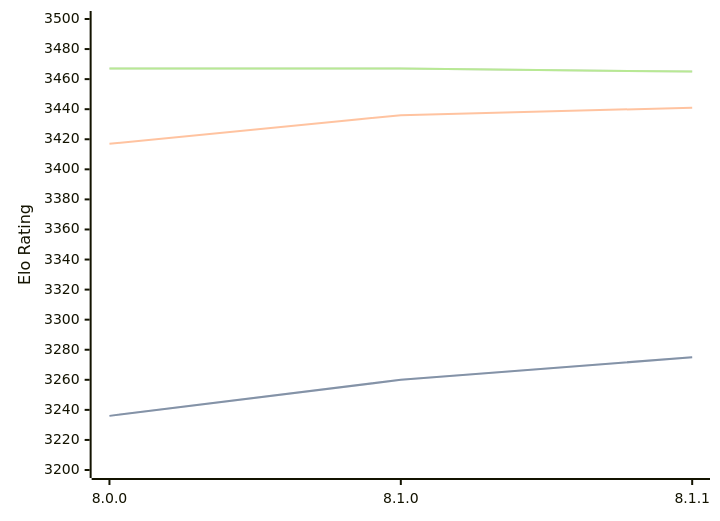
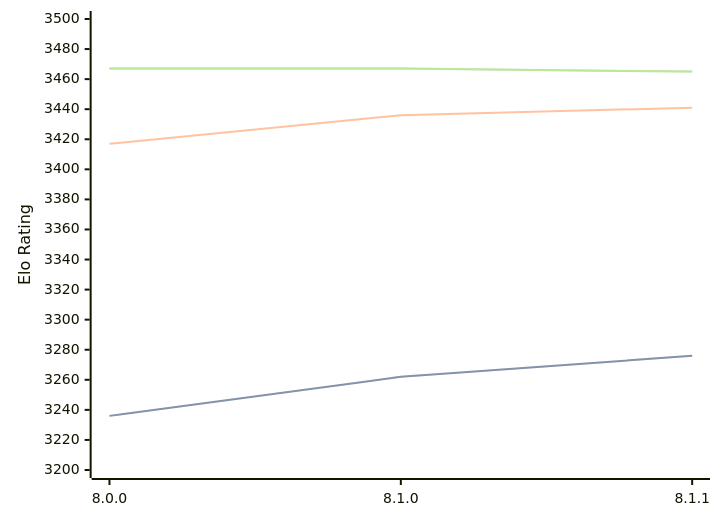
One commit to computer-chess-index/cci changed the diagram in engines/Velvet.md. Above: the diagram before and after it, drawn with Mermaid. The commit also changed other lines of this file, not shown here.

````diff
--- a/engines/Velvet.md
+++ b/engines/Velvet.md
@@ -33,11 +33,11 @@
 ```mermaid
 %%{init: {"theme":"base","themeVariables":{"seriesColors:['#a3a3a3','#222221','#faa371']}}}%%
 xychart-beta
   x-axis ["8.0.0", "8.1.0", "8.1.1"]
   y-axis "Elo Rating" 3200 --> 3500
-  line "STC (8.0+0.08s)" [3236, 3260, 3275]
-  line "STC (8.0+0.08s)" [3236, 3260, 3275]
+  line "STC (8.0+0.08s)" [3236, 3262, 3276]
+  line "STC (8.0+0.08s)" [3236, 3262, 3276]
   line "LTC (60.0+0.60s)" [3417, 3436, 3441]
   line "VLTC (2m24s+1.12s)" [3467, 3467, 3465]
   line "VLTC (2m24s+1.12s)" [3467, 3467, 3465]
 ```
````
